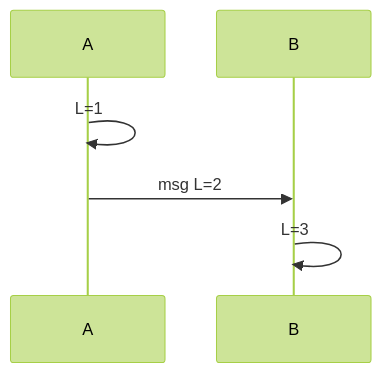
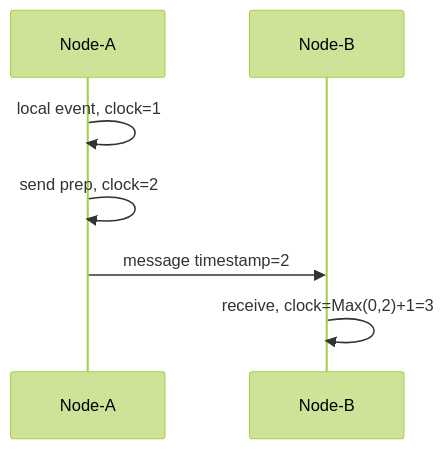
One commit to hareramcse/SystemDesign changed diagram 39 of 44 in 05-distributed-databases/README.md. Above: the diagram before and after it, drawn with Mermaid (forest theme). The commit also changed other lines of this file, not shown here.

````diff
--- a/05-distributed-databases/README.md
+++ b/05-distributed-databases/README.md
@@ -2208,8 +4945,9 @@
 ```mermaid
 sequenceDiagram
-    participant A
-    participant B
-    A->>A: L=1
-    A->>B: msg L=2
-    B->>B: L=3
+    participant A as Node-A
+    participant B as Node-B
+    A->>A: local event, clock=1
+    A->>A: send prep, clock=2
+    A->>B: message timestamp=2
+    B->>B: receive, clock=Max(0,2)+1=3
 ```
````
